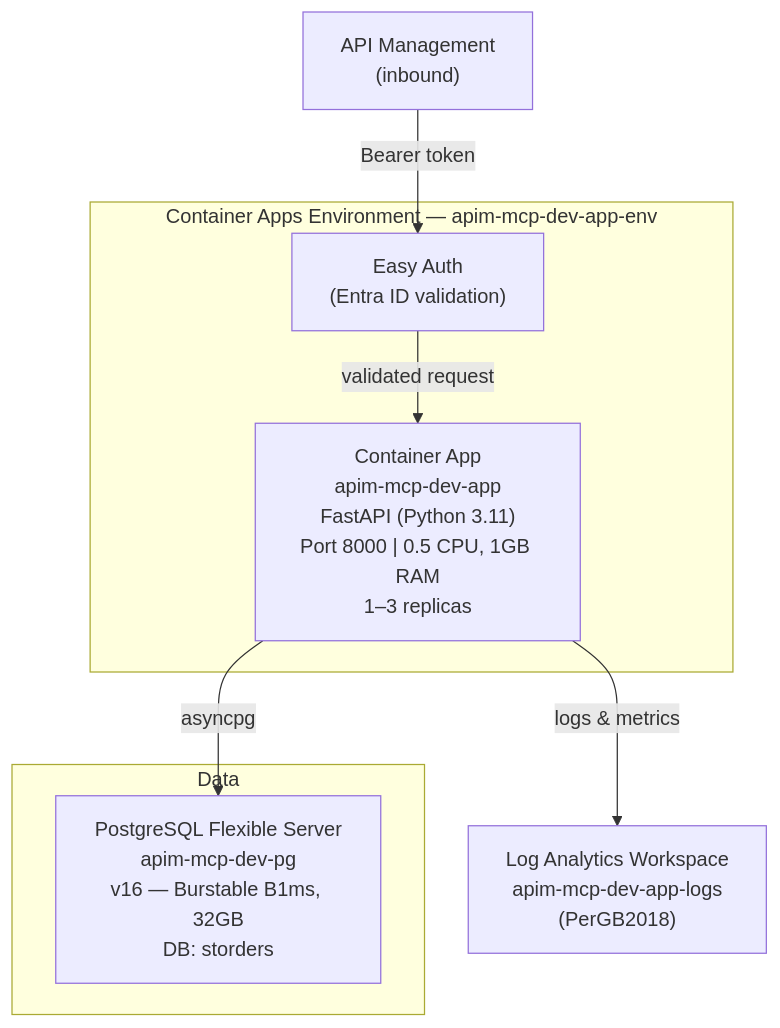
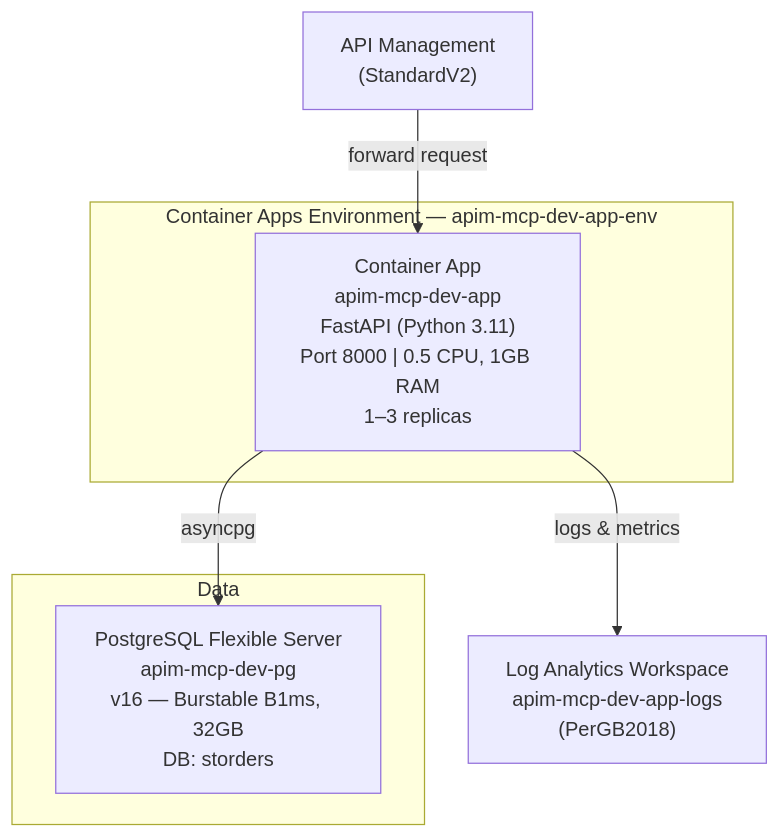
Before and after one commit to ozgurkarahan/azure-apim-mcp-server: the fourth of 6 diagrams in docs/architecture.md, drawn with Mermaid. The commit also changed other lines of this file and 12 other files, not shown here.

````diff
--- a/docs/architecture.md
+++ b/docs/architecture.md
@@ -141,20 +142,18 @@
 ```mermaid
 graph TB
     subgraph "Container Apps Environment — apim-mcp-dev-app-env"
         APP["Container App<br/>apim-mcp-dev-app<br/>FastAPI (Python 3.11)<br/>Port 8000 | 0.5 CPU, 1GB RAM<br/>1–3 replicas"]
-        AUTH["Easy Auth<br/>(Entra ID validation)"]
     end
 
     LOGS["Log Analytics Workspace<br/>apim-mcp-dev-app-logs<br/>(PerGB2018)"]
 
     subgraph "Data"
         PG["PostgreSQL Flexible Server<br/>apim-mcp-dev-pg<br/>v16 — Burstable B1ms, 32GB<br/>DB: storders"]
     end
 
-    APIM["API Management<br/>(inbound)"]
+    APIM["API Management<br/>(StandardV2)"]
 
-    APIM -->|"Bearer token"| AUTH
-    AUTH -->|"validated request"| APP
+    APIM -->|"forward request"| APP
     APP -->|"asyncpg"| PG
     APP -->|"logs & metrics"| LOGS
 ```
````
